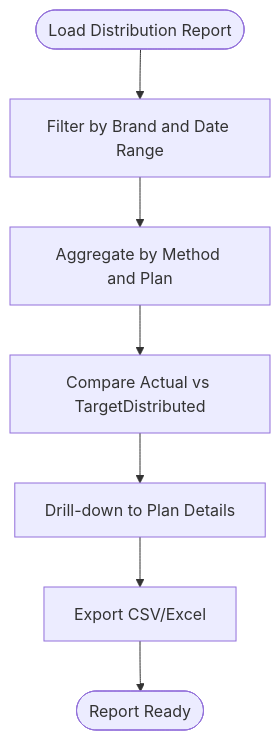
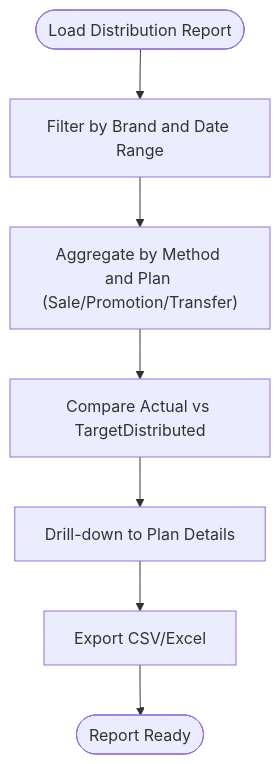
Before and after one commit to lamhongbac/NonCash: the sixth of 8 diagrams in .qoder/repowiki/en/content/Core Services Implementation/Distribution Service.md, drawn with Mermaid. The commit also changed other lines of this file and 13 other files, not shown here.

````diff
--- a/.qoder/repowiki/en/content/Core Services Implementation/Distribution Service.md
+++ b/.qoder/repowiki/en/content/Core Services Implementation/Distribution Service.md
@@ -228,9 +276,9 @@
 ```mermaid
 flowchart TD
 Start(["Load Distribution Report"]) --> Scope["Filter by Brand and Date Range"]
-Scope --> Aggregate["Aggregate by Method and Plan"]
+Scope --> Aggregate["Aggregate by Method and Plan (Sale/Promotion/Transfer)"]
 Aggregate --> Compare["Compare Actual vs TargetDistributed"]
 Compare --> Drill["Drill-down to Plan Details"]
 Drill --> Export["Export CSV/Excel"]
 Export --> End(["Report Ready"])
 ```
````
